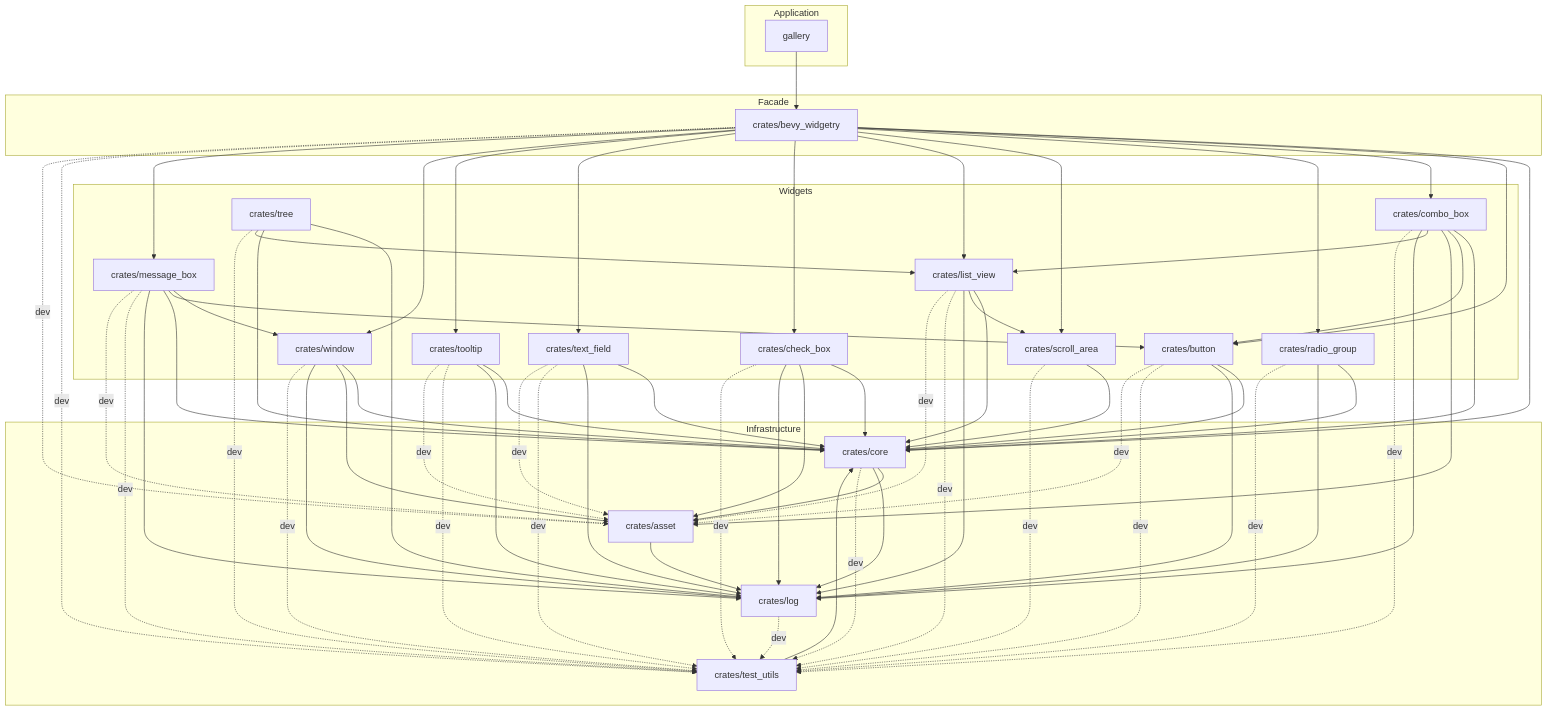
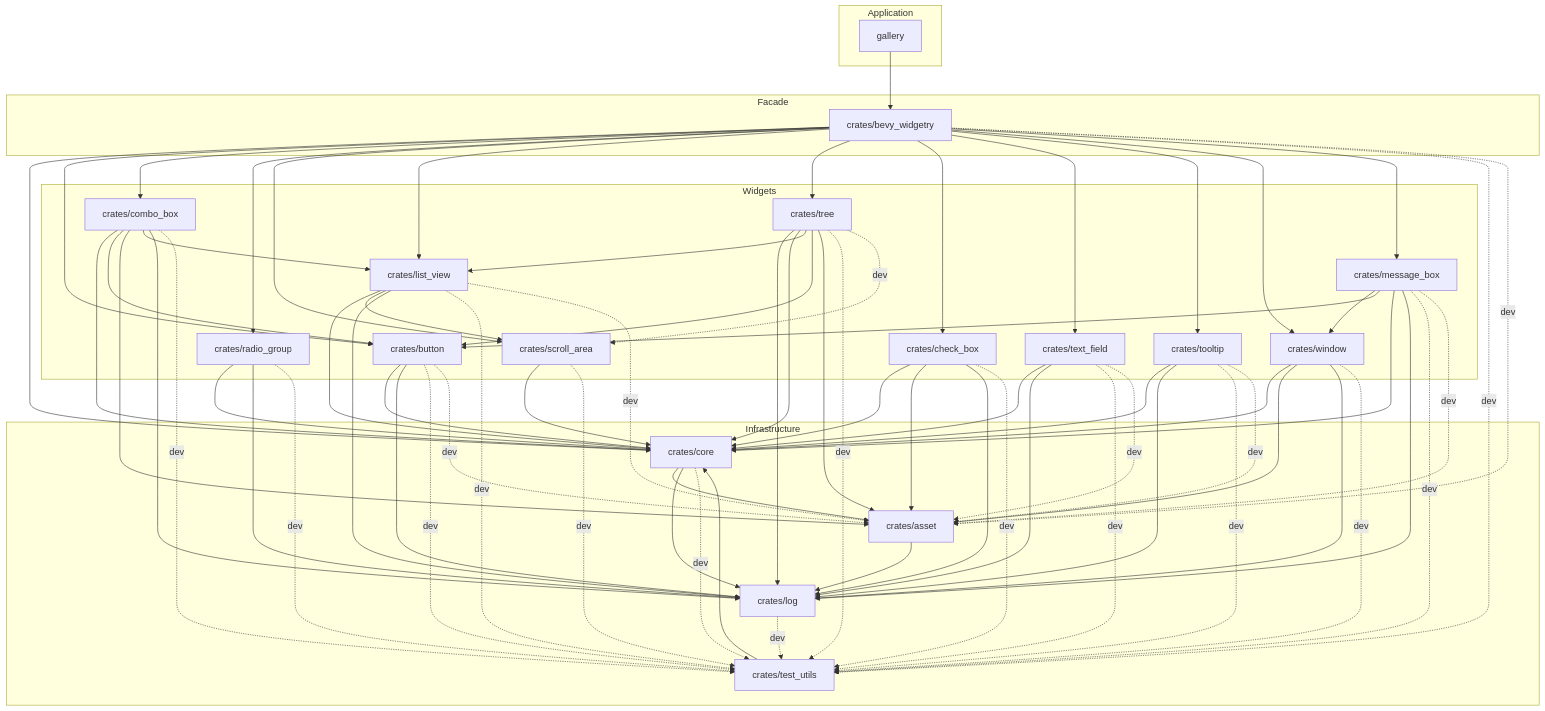
One commit to slc90/bevy_widgetry changed the diagram in docs/architecture.md. Above: the diagram before and after it, drawn with Mermaid. The commit also changed other lines of this file and 14 other files, not shown here.

First line of the commit message:
组合 ListView 与 Button 实现 TreeView

```diff
--- a/docs/architecture.md
+++ b/docs/architecture.md
@@ -210,6 +212,7 @@
     widgetry --> radio_group
     widgetry --> scroll_area
     widgetry --> list_view
+    widgetry --> tree
     widgetry --> check_box
     widgetry --> text_field
     widgetry --> tooltip
@@ -238,7 +241,10 @@
     tree --> log
     tree --> core
     tree --> list_view
+    tree --> button
+    tree --> asset
     tree -. dev .-> test_utils
+    tree -. dev .-> scroll_area
     check_box --> core
     check_box --> asset
     check_box --> log
```
